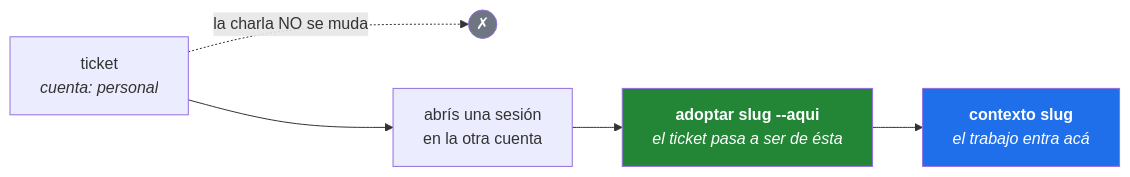
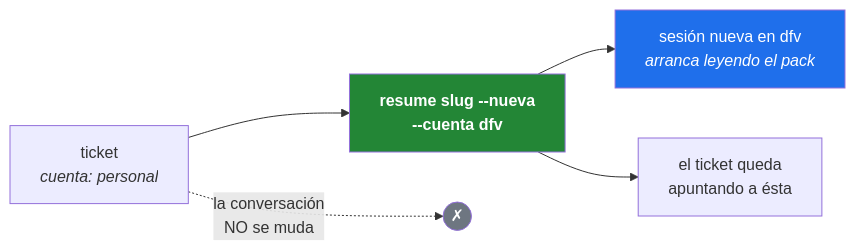
Before and after one commit to Ariel-Hab/factoria: the fourth of 6 diagrams in README.md, drawn with Mermaid. The commit also changed other lines of this file and 2 other files, not shown here.

First line of the commit message:
feat: resume --nueva abre y registra la sesion nueva

````diff
--- a/README.md
+++ b/README.md
@@ -126,10 +130,10 @@
 ```mermaid
 flowchart LR
-    T["ticket<br/><i>cuenta: personal</i>"] -.->|"la charla NO se muda"| X(("✗"))
-    T --> A["abrís una sesión<br/>en la otra cuenta"]
-    A --> B["<b>adoptar slug --aqui</b><br/><i>el ticket pasa a ser de ésta</i>"]
-    B --> C["<b>contexto slug</b><br/><i>el trabajo entra acá</i>"]
-    style B fill:#238636,color:#fff
-    style C fill:#1f6feb,color:#fff
+    T["ticket<br/><i>cuenta: personal</i>"] --> N["<b>resume slug --nueva<br/>--cuenta dfv</b>"]
+    N --> S["sesión nueva en dfv<br/><i>arranca leyendo el pack</i>"]
+    N --> R["el ticket queda<br/>apuntando a ésta"]
+    T -.->|"la conversación<br/>NO se muda"| X(("✗"))
+    style N fill:#238636,color:#fff
+    style S fill:#1f6feb,color:#fff
     style X fill:#6e7681,color:#fff
 ```
````
